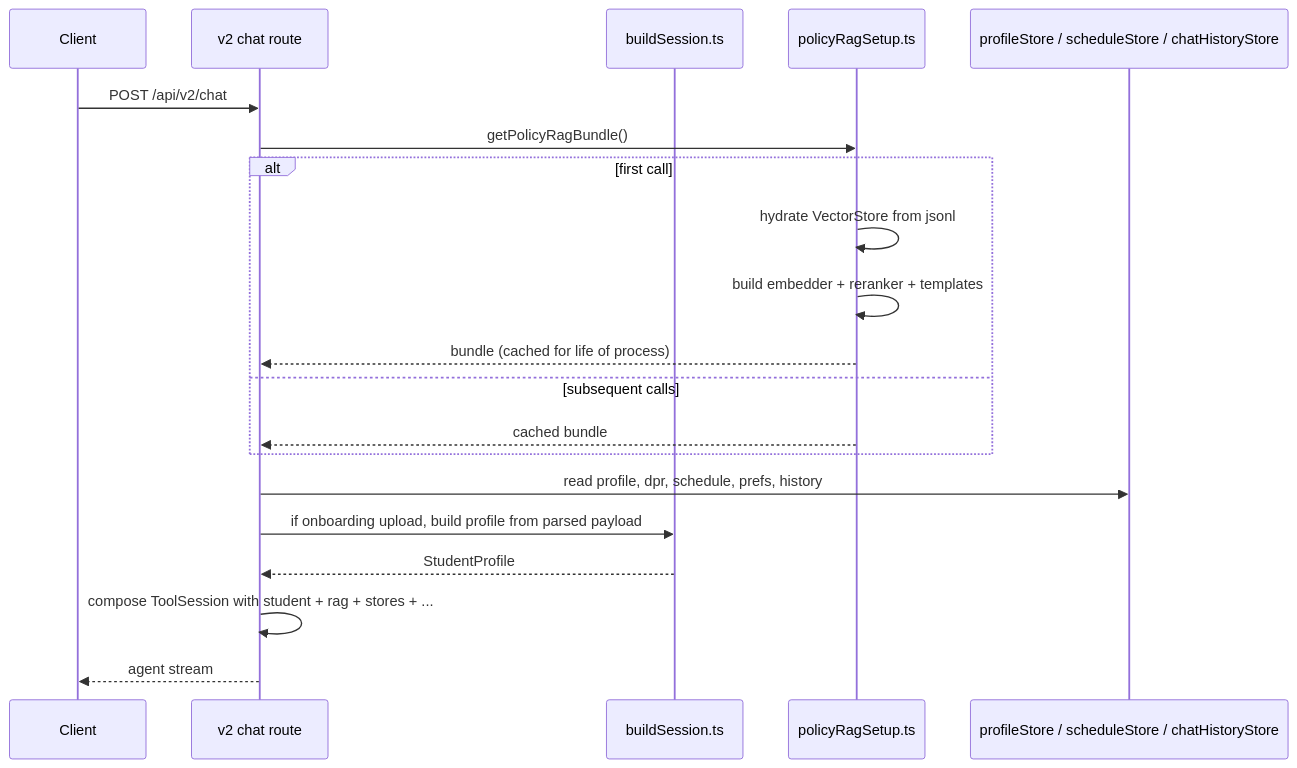
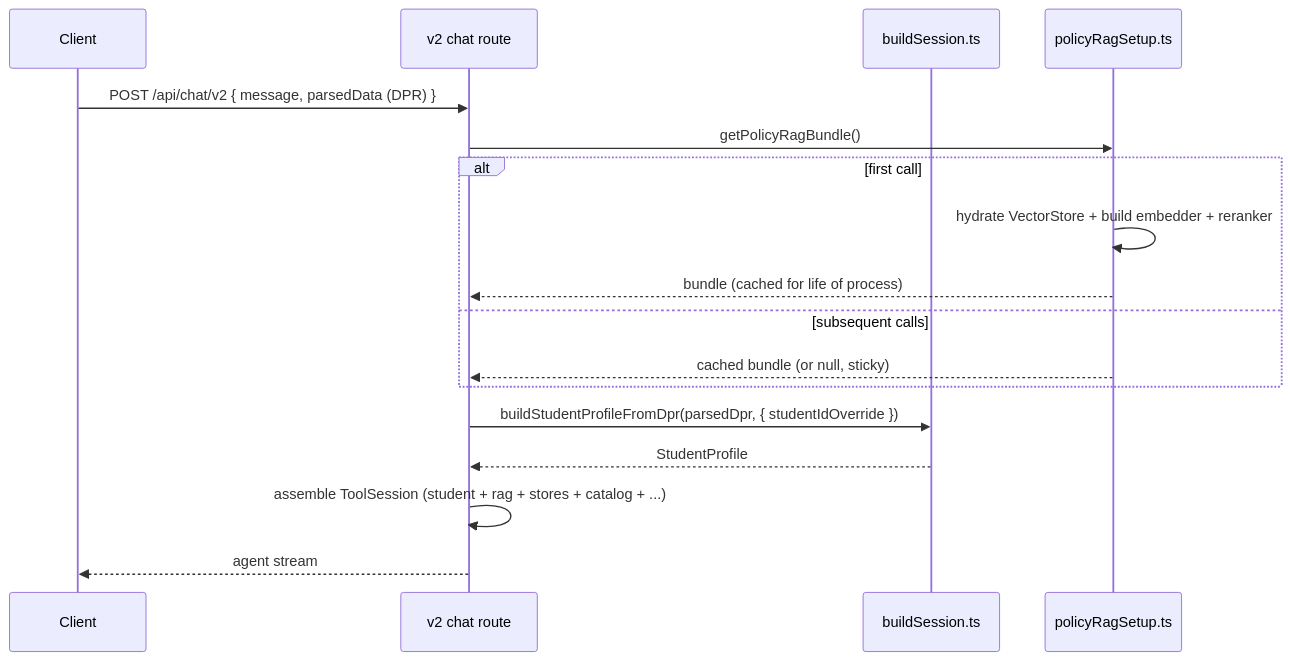
The third of 3 diagrams in Docs/current-system/web/build-session.md (EdoardoMongardi/NYU_Path), drawn with Mermaid before and after one commit. The commit also changed other lines of this file and 73 other files, not shown here.

````diff
--- a/Docs/current-system/web/build-session.md
+++ b/Docs/current-system/web/build-session.md
@@ -196,23 +203,20 @@
 ```mermaid
 sequenceDiagram
     participant Client
     participant ChatRoute as v2 chat route
     participant BuildSession as buildSession.ts
     participant RAG as policyRagSetup.ts
-    participant Stores as profileStore / scheduleStore / chatHistoryStore
 
-    Client->>ChatRoute: POST /api/v2/chat
+    Client->>ChatRoute: POST /api/chat/v2 { message, parsedData (DPR) }
     ChatRoute->>RAG: getPolicyRagBundle()
     alt first call
-        RAG->>RAG: hydrate VectorStore from jsonl
-        RAG->>RAG: build embedder + reranker + templates
+        RAG->>RAG: hydrate VectorStore + build embedder + reranker
         RAG-->>ChatRoute: bundle (cached for life of process)
     else subsequent calls
-        RAG-->>ChatRoute: cached bundle
+        RAG-->>ChatRoute: cached bundle (or null, sticky)
     end
-    ChatRoute->>Stores: read profile, dpr, schedule, prefs, history
-    ChatRoute->>BuildSession: if onboarding upload, build profile from parsed payload
+    ChatRoute->>BuildSession: buildStudentProfileFromDpr(parsedDpr, { studentIdOverride })
     BuildSession-->>ChatRoute: StudentProfile
-    ChatRoute->>ChatRoute: compose ToolSession with student + rag + stores + ...
+    ChatRoute->>ChatRoute: assemble ToolSession (student + rag + stores + catalog + ...)
     ChatRoute-->>Client: agent stream
 ```
````
